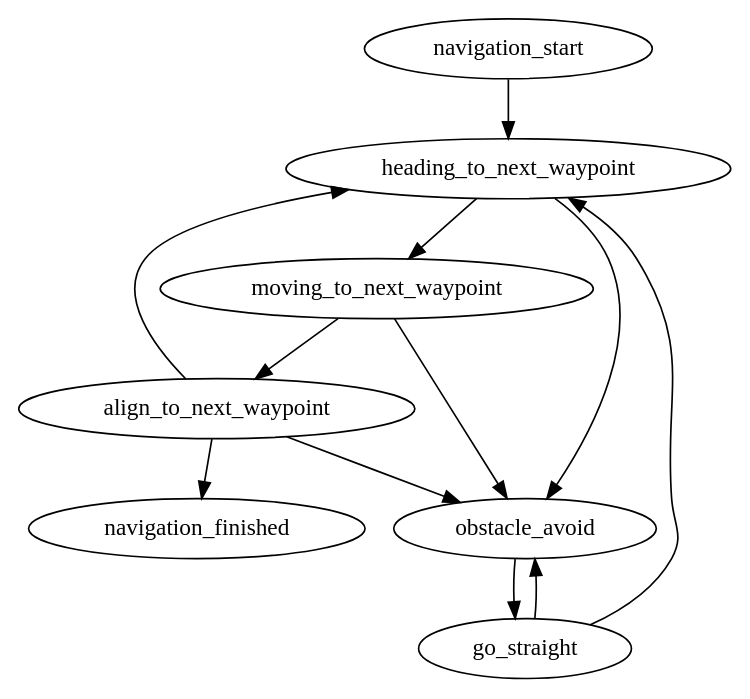
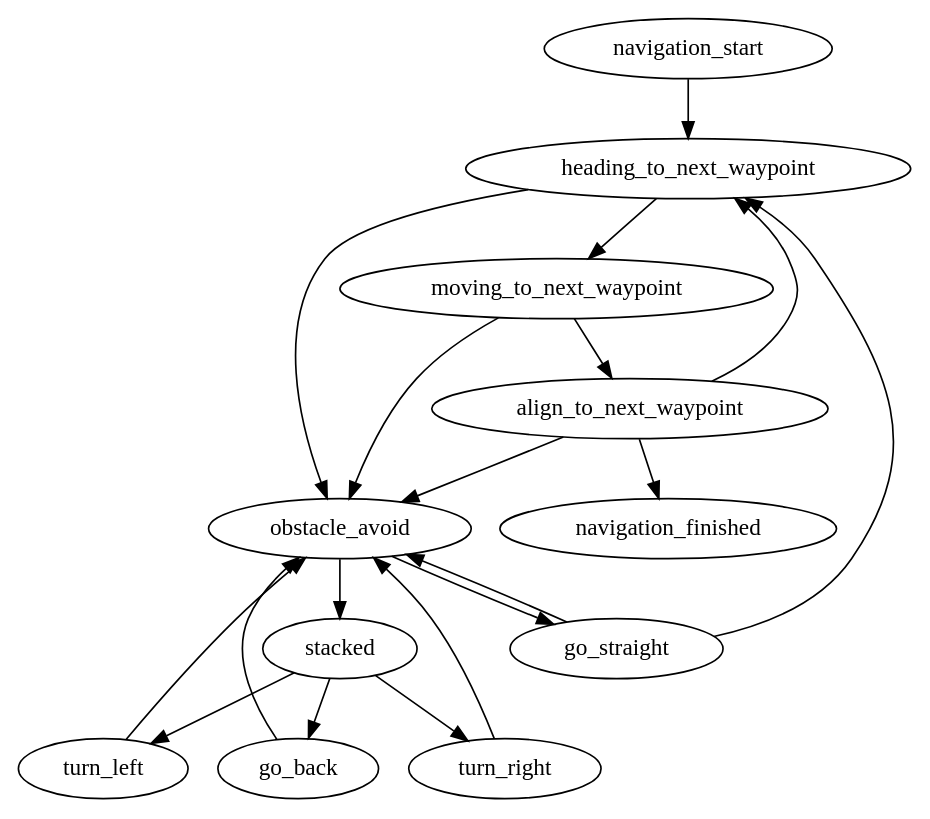
The diagram in robotx_decision_maker/data/navigation_state_machine.dot (OUXT-Polaris/robotx_core), drawn with Graphviz before and after one commit. The commit also changed 1 other file, not shown here.

Commit message:
update navigation state machine

```diff
--- a/robotx_decision_maker/data/navigation_state_machine.dot
+++ b/robotx_decision_maker/data/navigation_state_machine.dot
@@ -1,20 +1,31 @@
 digraph G {
 0[label=navigation_start];
 1[label=heading_to_next_waypoint];
 2[label=moving_to_next_waypoint];
 3[label=obstacle_avoid];
 4[label=align_to_next_waypoint];
 5[label=go_straight];
-6[label=navigation_finished];
+6[label=stacked];
+7[label=go_back];
+8[label=turn_right];
+9[label=turn_left];
+10[label=navigation_finished];
 0->1 ;
 1->2 ;
 1->3 ;
 2->4 ;
 2->3 ;
 3->5 ;
+3->6 ;
+6->7 ;
+6->8 ;
+6->9 ;
+7->3 ;
+8->3 ;
+9->3 ;
 5->1 ;
 5->3 ;
 4->3 ;
 4->1 ;
-4->6 ;
+4->10 ;
 }
```
